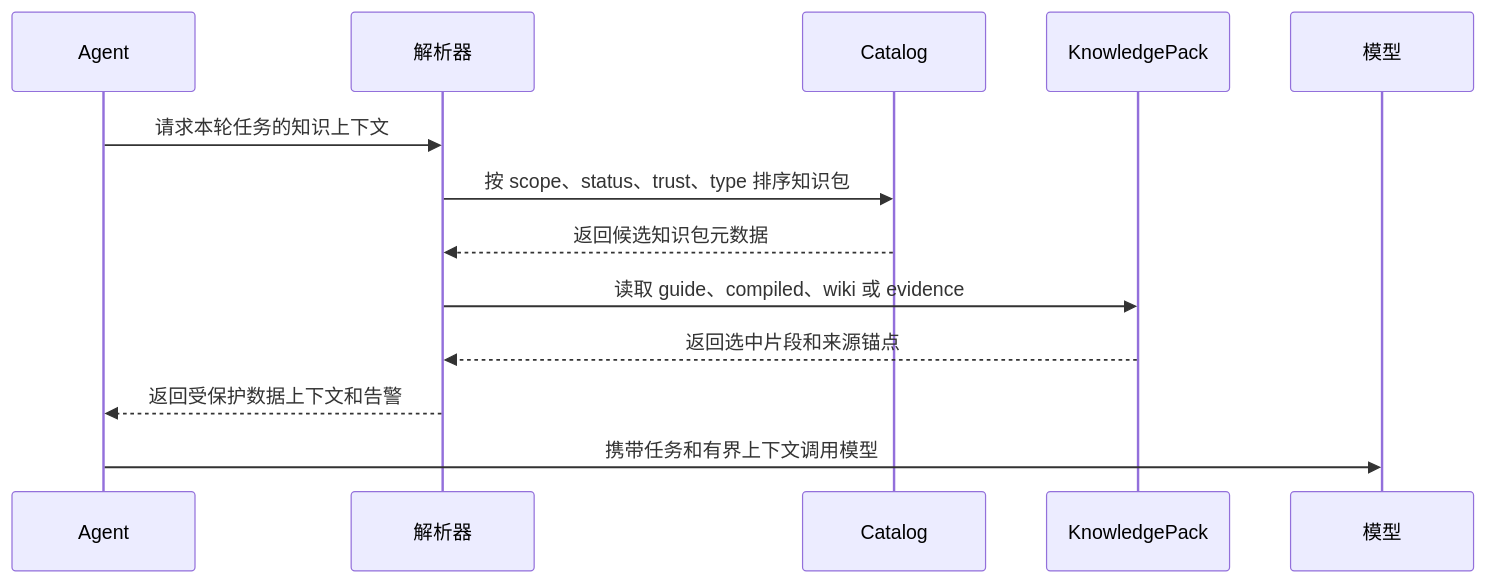
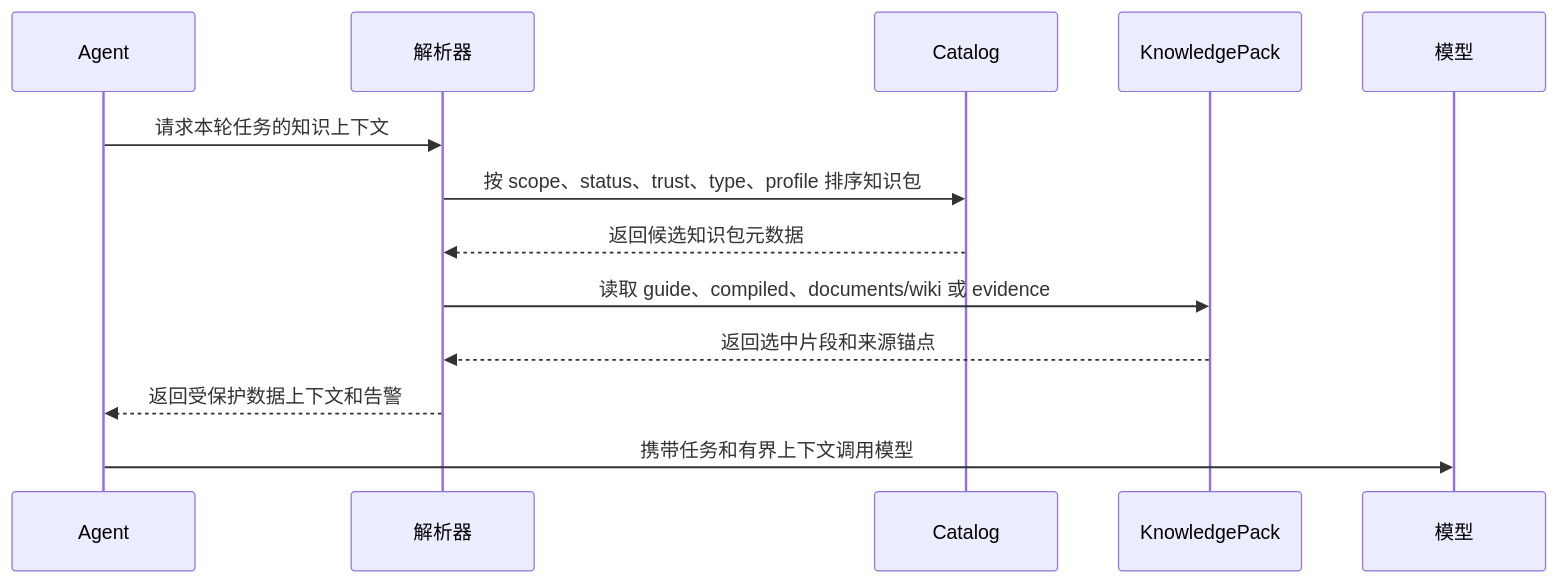
Before and after one commit to limecloud/agentknowledge: the diagram in docs/zh/client-implementation/runtime-context-resolver.md, drawn with Mermaid. The commit also changed other lines of this file and 60 other files, not shown here.

````diff
--- a/docs/zh/client-implementation/runtime-context-resolver.md
+++ b/docs/zh/client-implementation/runtime-context-resolver.md
@@ -12,16 +12,16 @@
 ```mermaid
 sequenceDiagram
   participant Agent
   participant Resolver as 解析器
   participant Catalog
   participant Pack as KnowledgePack
   participant Model as 模型
 
   Agent->>Resolver: 请求本轮任务的知识上下文
-  Resolver->>Catalog: 按 scope、status、trust、type 排序知识包
+  Resolver->>Catalog: 按 scope、status、trust、type、profile 排序知识包
   Catalog-->>Resolver: 返回候选知识包元数据
-  Resolver->>Pack: 读取 guide、compiled、wiki 或 evidence
+  Resolver->>Pack: 读取 guide、compiled、documents/wiki 或 evidence
   Pack-->>Resolver: 返回选中片段和来源锚点
   Resolver-->>Agent: 返回受保护数据上下文和告警
   Agent->>Model: 携带任务和有界上下文调用模型
 ```
````
